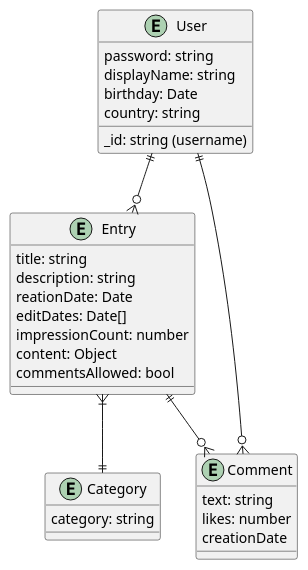
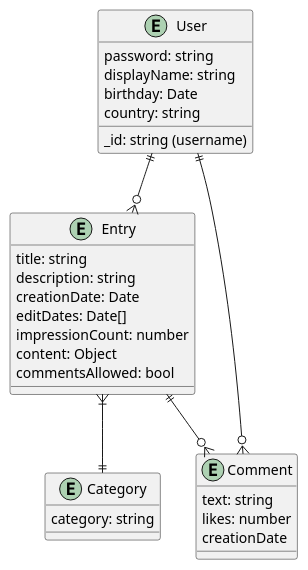
One commit to 0xKyPre/MongoDB_Blog changed the diagram in erd.puml. Above: the diagram before and after it, drawn with PlantUML. The commit also changed 1 other file, not shown here.

Commit message:
add schema creation

```diff
--- a/erd.puml
+++ b/erd.puml
@@ -1,34 +1,34 @@
 @startuml Blog
 Entity User {
     _id: string (username)
     password: string
     displayName: string
     birthday: Date
     country: string
 }
 
 Entity Entry {
     title: string
     description: string
-    reationDate: Date
+    creationDate: Date
     editDates: Date[]
     impressionCount: number
     content: Object
     commentsAllowed: bool
 }
 
 Entity Category {
     category: string
 }
 
 Entity Comment {
     text: string
     likes: number
     creationDate
 }
 
 User ||--o{ Entry
 Entry ||--o{ Comment
 Entry }|--|| Category
 User ||--o{ Comment
 @enduml
```
